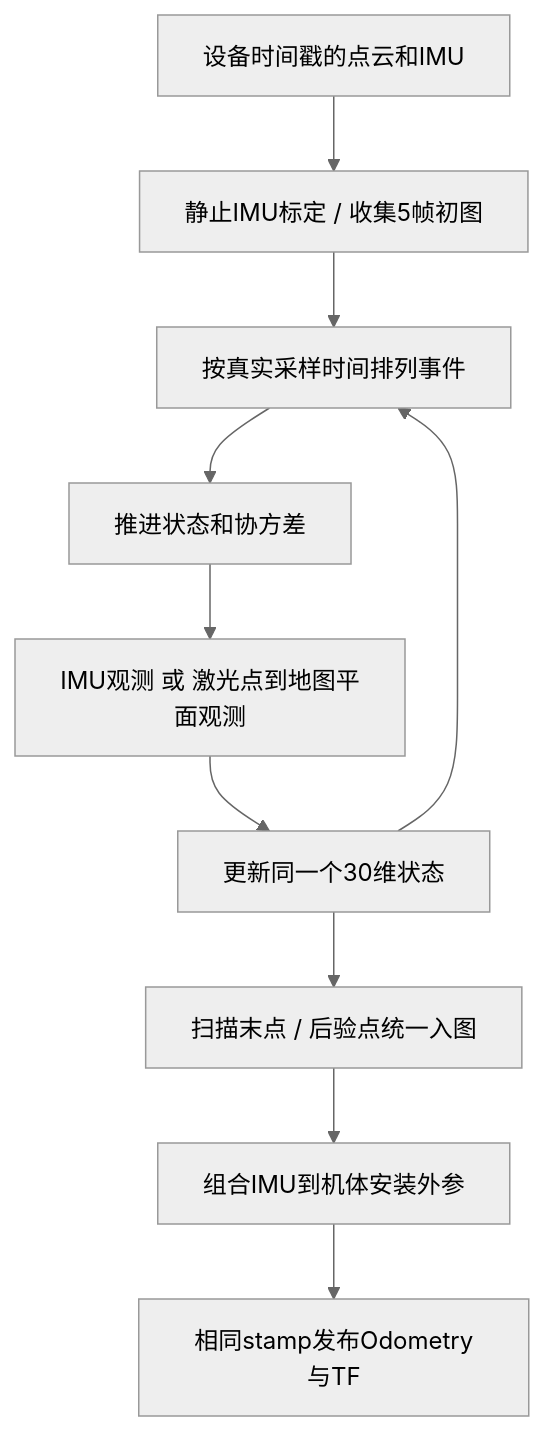
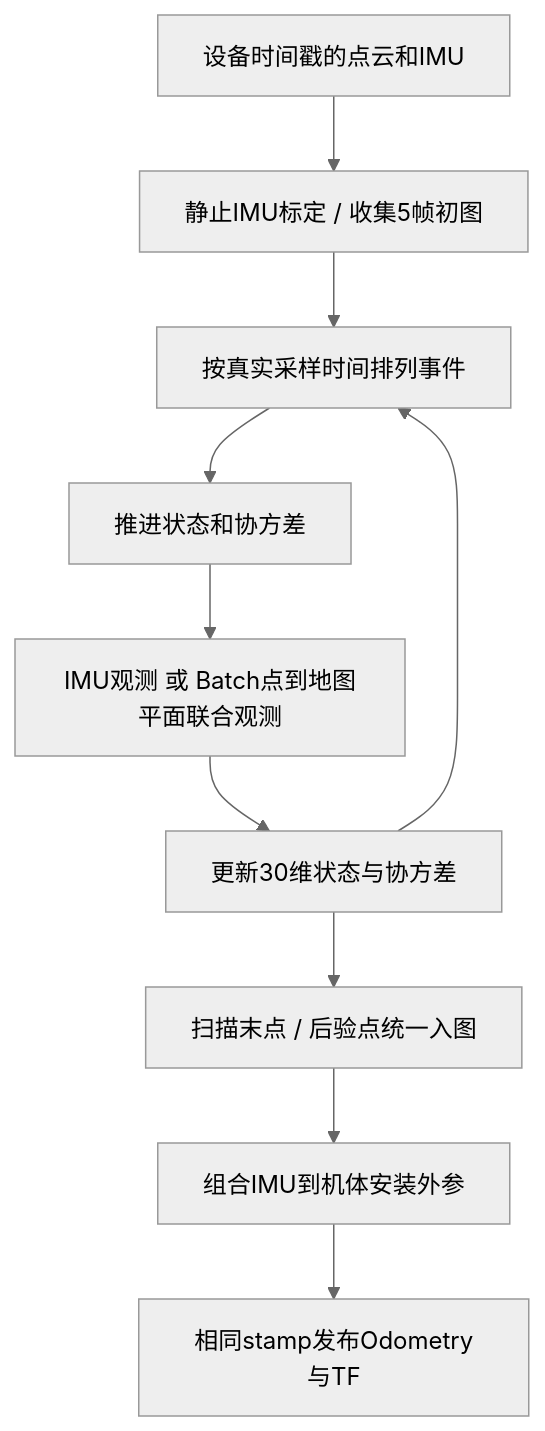
One commit to guizipiaoxue/ly_odom changed the diagram in ekf.md. Above: the diagram before and after it, drawn with Mermaid (neutral theme). The commit also changed other lines of this file and 58 other files, not shown here.

````diff
--- a/ekf.md
+++ b/ekf.md
@@ -5,12 +5,12 @@
 ```mermaid
 flowchart TD
     A[设备时间戳的点云和IMU] --> B[静止IMU标定 / 收集5帧初图]
     B --> C[按真实采样时间排列事件]
     C --> D[推进状态和协方差]
-    D --> E[IMU观测 或 激光点到地图平面观测]
-    E --> F[更新同一个30维状态]
+    D --> E[IMU观测 或 Batch点到地图平面联合观测]
+    E --> F[更新30维状态与协方差]
     F --> C
     F --> G[扫描末点 / 后验点统一入图]
     G --> H[组合IMU到机体安装外参]
     H --> I[相同stamp发布Odometry与TF]
 ```
````
